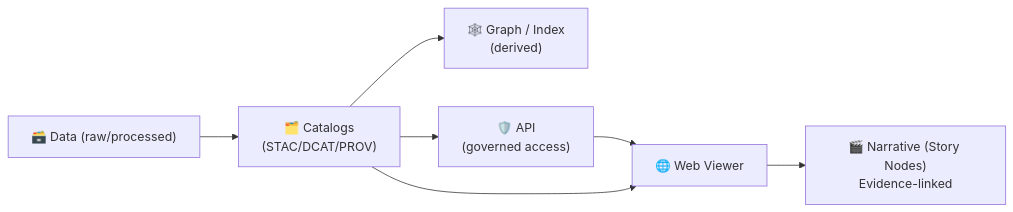
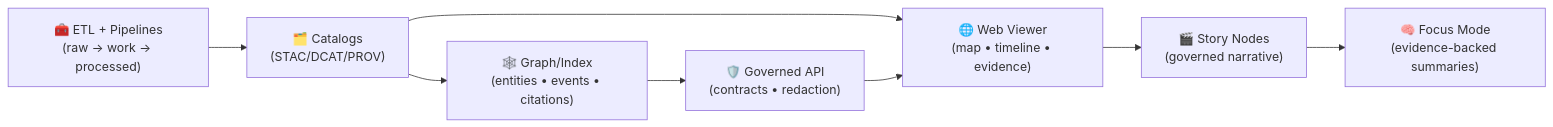
Before and after one commit to bartytime4life/Kansas-Frontier-Matrix: the first of 2 diagrams in web/src/README.md, drawn with Mermaid. The commit also changed other lines of this file, not shown here.

````diff
--- a/web/src/README.md
+++ b/web/src/README.md
@@ -100,9 +113,10 @@
 ```mermaid
 flowchart LR
-  DATA["🗃️ Data (raw/processed)"] --> CAT["🗂️ Catalogs<br/>(STAC/DCAT/PROV)"]
-  CAT --> GRAPH["🕸️ Graph / Index<br/>(derived)"]
-  CAT --> API["🛡️ API<br/>(governed access)"]
-  API --> UI["🌐 Web Viewer"]
-  CAT --> UI
-  UI --> NARR["🎬 Narrative (Story Nodes)<br/>Evidence-linked"]
+  DATA["🧰 ETL + Pipelines<br/>(raw → work → processed)"] --> CAT["🗂️ Catalogs<br/>(STAC/DCAT/PROV)"]
+  CAT --> GRAPH["🕸️ Graph/Index<br/>(entities • events • citations)"]
+  GRAPH --> API["🛡️ Governed API<br/>(contracts • redaction)"]
+  CAT --> UI["🌐 Web Viewer<br/>(map • timeline • evidence)"]
+  API --> UI
+  UI --> STORY["🎬 Story Nodes<br/>(governed narrative)"]
+  STORY --> FOCUS["🧠 Focus Mode<br/>(evidence-backed summaries)"]
 ```
````
